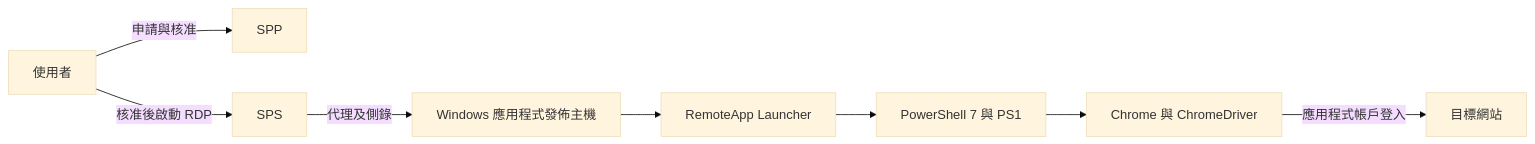
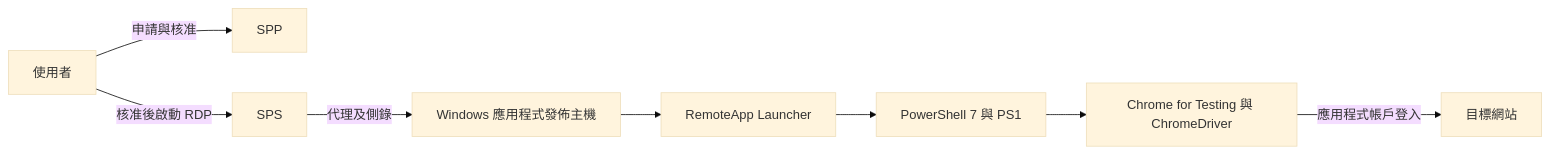
Before and after one commit to BrianHsing/One-Identity-Safeguard: the diagram in docs/sop/remoteapp-integration.md, drawn with Mermaid (base theme). The commit also changed other lines of this file, not shown here.

Commit message:
docs: 更新 RemoteApp SOP 的 Chrome for Testing 標準與排錯紀錄

````diff
--- a/docs/sop/remoteapp-integration.md
+++ b/docs/sop/remoteapp-integration.md
@@ -33,10 +35,10 @@
 ```mermaid
 flowchart LR
     U[使用者] -->|申請與核准| P[SPP]
     U -->|核准後啟動 RDP| S[SPS]
     S -->|代理及側錄| R[Windows 應用程式發佈主機]
     R --> L[RemoteApp Launcher]
     L --> W[PowerShell 7 與 PS1]
-    W --> B[Chrome 與 ChromeDriver]
+    W --> B[Chrome for Testing 與 ChromeDriver]
     B -->|應用程式帳戶登入| A[目標網站]
 ```
````
